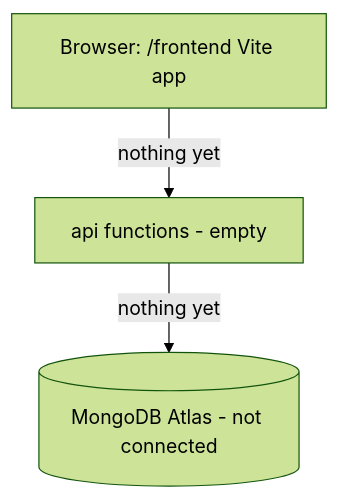
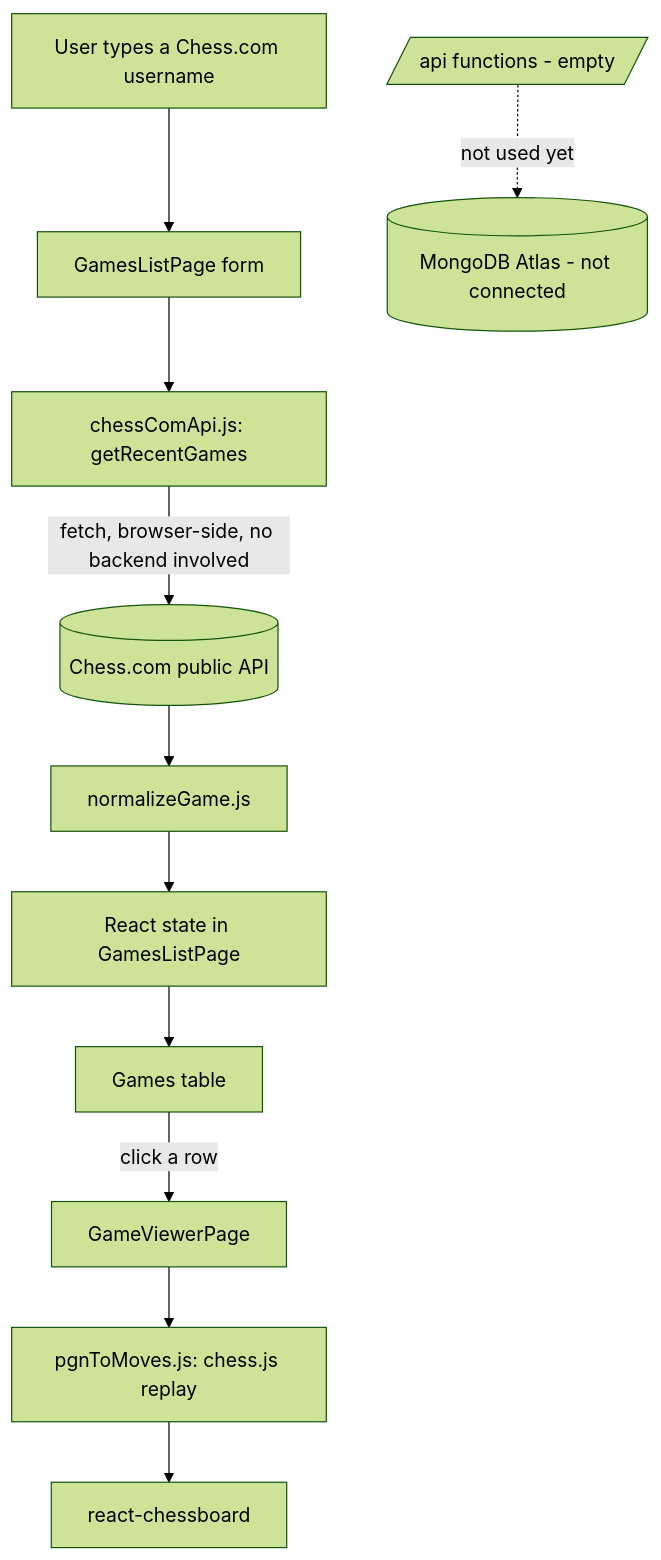
Before and after one commit to Mizan1912/ChessDNA: the diagram in flow.md, drawn with Mermaid (forest theme). The commit also changed other lines of this file and 22 other files, not shown here.

First line of the commit message:
Phase 1: fetch and view Chess.com games

````diff
--- a/flow.md
+++ b/flow.md
@@ -14,5 +27,14 @@
 ```mermaid
 flowchart TD
-  Browser[Browser: /frontend Vite app] -->|nothing yet| API[api functions - empty]
-  API -->|nothing yet| DB[(MongoDB Atlas - not connected)]
+  User[User types a Chess.com username] --> Form[GamesListPage form]
+  Form --> API[chessComApi.js: getRecentGames]
+  API -->|fetch, browser-side, no backend involved| ChessCom[(Chess.com public API)]
+  ChessCom --> Normalize[normalizeGame.js]
+  Normalize --> State[React state in GamesListPage]
+  State --> Table[Games table]
+  Table -->|click a row| Viewer[GameViewerPage]
+  Viewer --> PgnToMoves[pgnToMoves.js: chess.js replay]
+  PgnToMoves --> Board[react-chessboard]
+
+  APIFolder[/api functions - empty/] -.->|not used yet| DB[(MongoDB Atlas - not connected)]
 ```
````
